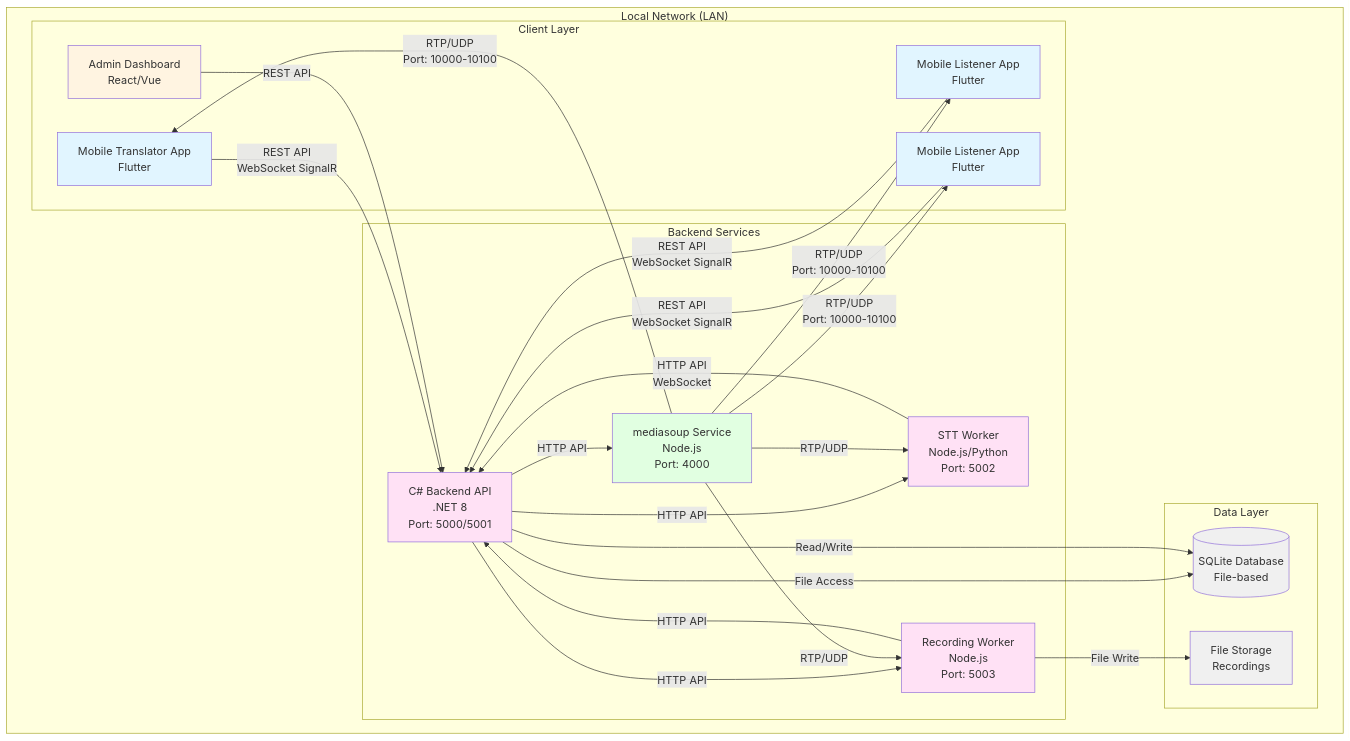
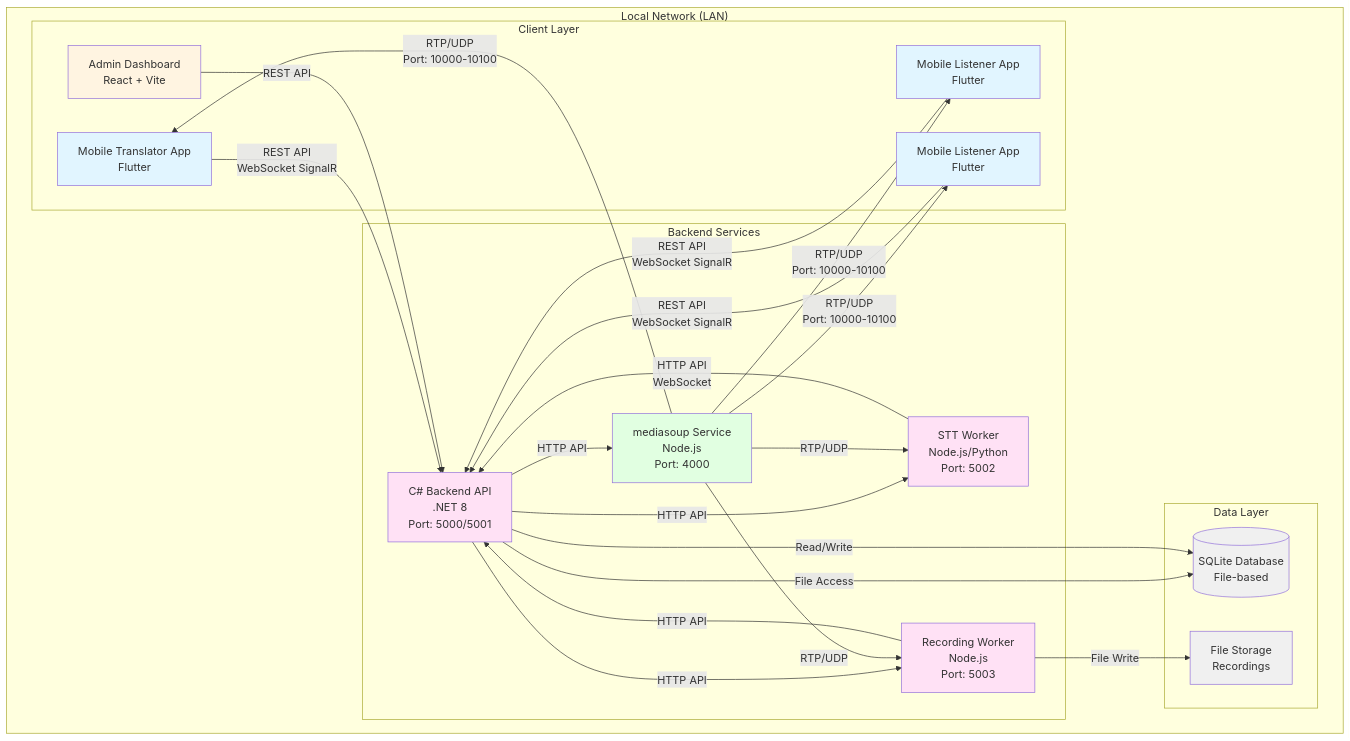
The first of 7 diagrams in ARCHITECTURE.md (petroscs/audio-translation-system), drawn with Mermaid before and after one commit. The commit also changed other lines of this file, not shown here.

First line of the commit message:
Update architecture documentation to reflect changes in service interactions and transport methods

````diff
--- a/ARCHITECTURE.md
+++ b/ARCHITECTURE.md
@@ -19,56 +19,56 @@
 ```mermaid
 graph TB
     subgraph "Local Network (LAN)"
         subgraph "Client Layer"
             TA[Mobile Translator App<br/>Flutter]
             LA1[Mobile Listener App<br/>Flutter]
             LA2[Mobile Listener App<br/>Flutter]
-            AD[Admin Dashboard<br/>React/Vue]
+            AD[Admin Dashboard<br/>React + Vite]
         end
         
         subgraph "Backend Services"
             BE[C# Backend API<br/>.NET 8<br/>Port: 5000/5001]
             MS[mediasoup Service<br/>Node.js<br/>Port: 4000]
             STT[STT Worker<br/>Node.js/Python<br/>Port: 5002]
             RW[Recording Worker<br/>Node.js<br/>Port: 5003]
         end
         
         subgraph "Data Layer"
             DB[(SQLite Database<br/>File-based)]
             FS[File Storage<br/>Recordings]
         end
     end
     
     TA -->|REST API<br/>WebSocket SignalR| BE
     LA1 -->|REST API<br/>WebSocket SignalR| BE
     LA2 -->|REST API<br/>WebSocket SignalR| BE
     AD -->|REST API| BE
     
     BE -->|HTTP API| MS
     BE -->|HTTP API| STT
     BE -->|HTTP API| RW
     BE -->|File Access| DB
     
     MS -->|RTP/UDP<br/>Port: 10000-10100| TA
     MS -->|RTP/UDP<br/>Port: 10000-10100| LA1
     MS -->|RTP/UDP<br/>Port: 10000-10100| LA2
     MS -->|RTP/UDP| STT
     MS -->|RTP/UDP| RW
     
     STT -->|HTTP API<br/>WebSocket| BE
     RW -->|HTTP API| BE
     RW -->|File Write| FS
     
     BE -->|Read/Write| DB
     
     style TA fill:#e1f5ff
     style LA1 fill:#e1f5ff
     style LA2 fill:#e1f5ff
     style AD fill:#fff4e1
     style BE fill:#ffe1f5
     style MS fill:#e1ffe1
     style STT fill:#ffe1f5
     style RW fill:#ffe1f5
     style DB fill:#f0f0f0
     style FS fill:#f0f0f0
 ```
````
